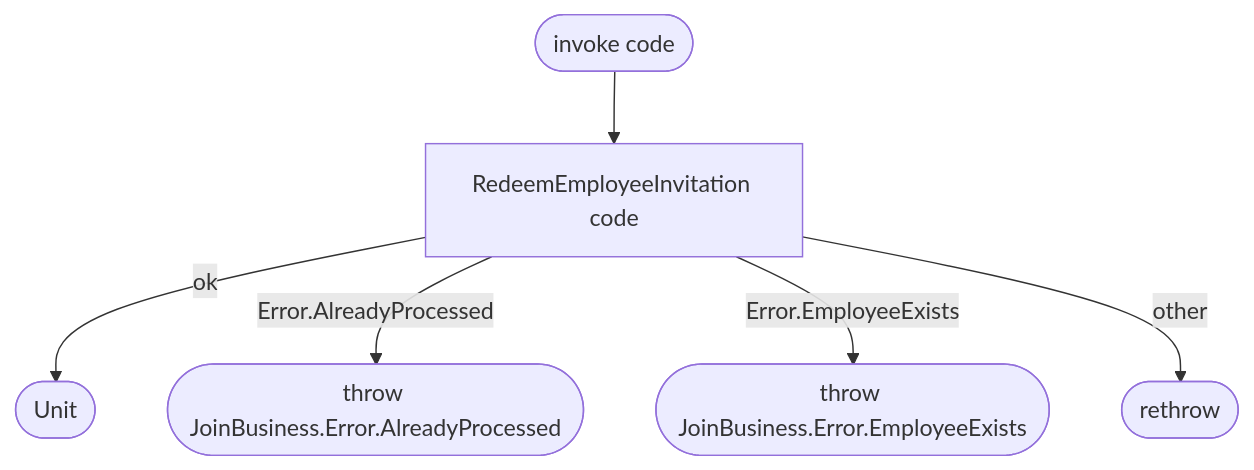
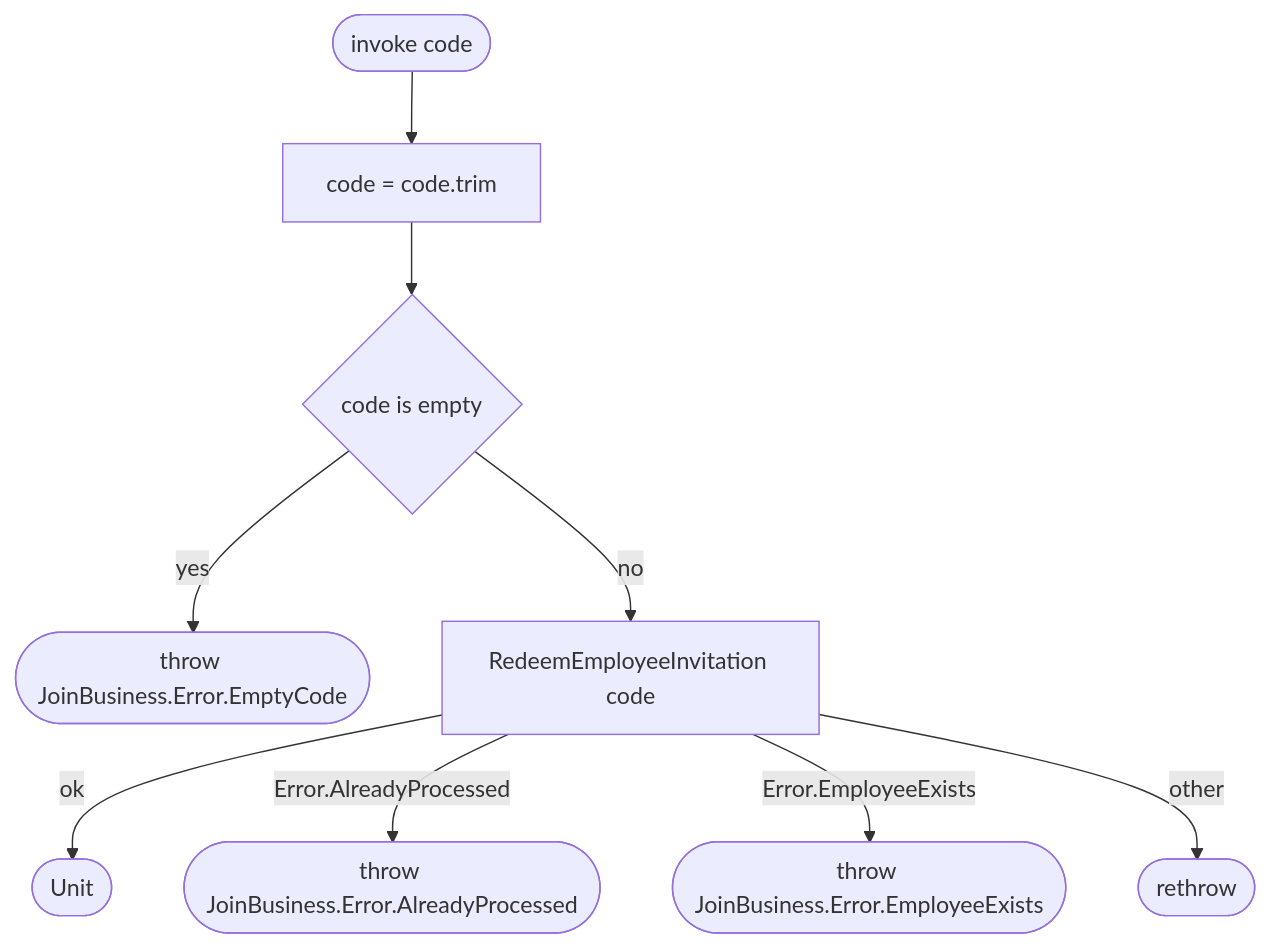
The diagram in docs/operations/business/join-business.md (nocturneproperties/bookkme-client), drawn with Mermaid before and after one commit. The commit also changed other lines of this file and 56 other files, not shown here.

Commit message:
[ISSUE-73] change dashboard flow, now there is two actions: create and join instead of one

````diff
--- a/docs/operations/business/join-business.md
+++ b/docs/operations/business/join-business.md
@@ -11,8 +12,11 @@
 ```mermaid
 flowchart TD
-    Start([invoke code]) --> Redeem[RedeemEmployeeInvitation code]
+    Start([invoke code]) --> Trim[code = code.trim]
+    Trim --> Blank{code is empty}
+    Blank -- yes --> E0([throw JoinBusiness.Error.EmptyCode])
+    Blank -- no --> Redeem[RedeemEmployeeInvitation code]
     Redeem -- ok --> R([Unit])
     Redeem -- Error.AlreadyProcessed --> E1([throw JoinBusiness.Error.AlreadyProcessed])
     Redeem -- Error.EmployeeExists --> E2([throw JoinBusiness.Error.EmployeeExists])
     Redeem -- other --> EX([rethrow])
 ```
````
